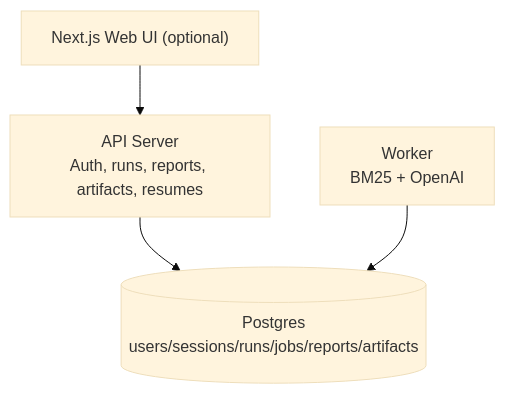
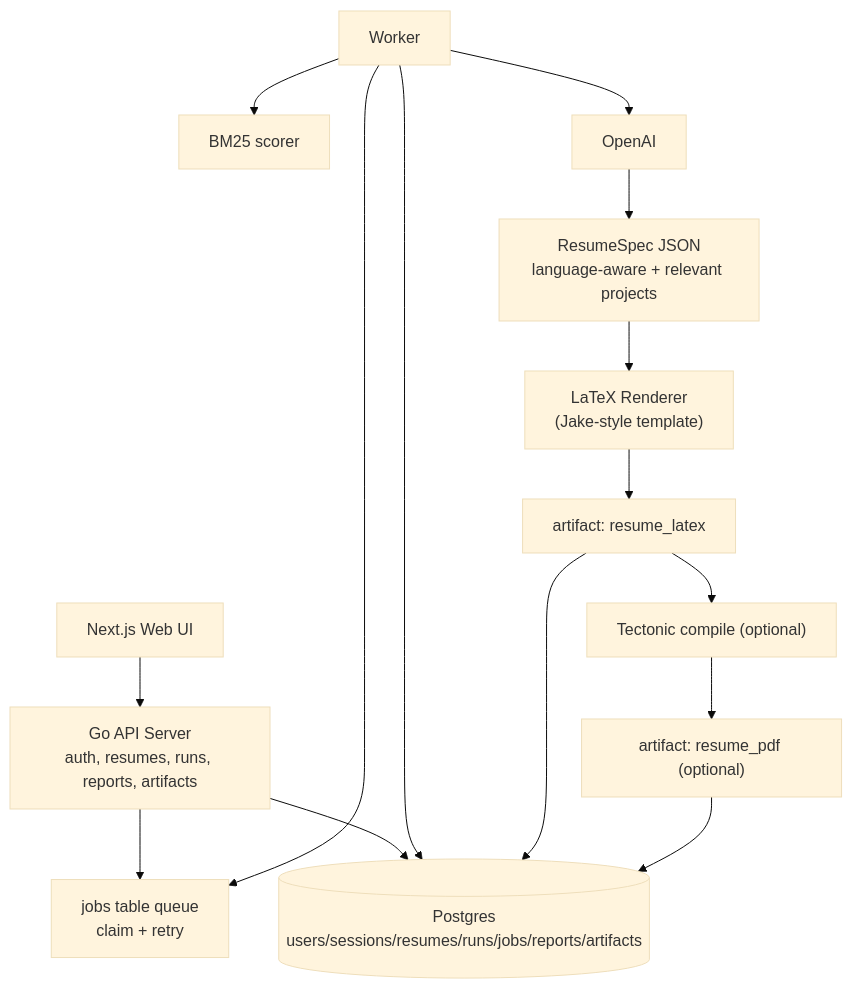
The diagram in README.md (RayanMalki/resume-tailor), drawn with Mermaid (base theme) before and after one commit. The commit also changed other lines of this file, not shown here.

````diff
--- a/README.md
+++ b/README.md
@@ -17,11 +20,30 @@
 ```mermaid
 flowchart TB
-  UI["Next.js Web UI (optional)"]
-  API["API Server<br/>Auth, runs, reports, artifacts, resumes"]
-  DB[("Postgres<br/>users/sessions/runs/jobs/reports/artifacts")]
-  WORKER["Worker<br/>BM25 + OpenAI"]
+  UI["Next.js Web UI"]
+  API["Go API Server<br/>auth, resumes, runs, reports, artifacts"]
+  DB[("Postgres<br/>users/sessions/resumes/runs/jobs/reports/artifacts")]
+  Q["jobs table queue<br/>claim + retry"]
+  W["Worker"]
+  BM25["BM25 scorer"]
+  OAI["OpenAI"]
+  SPEC["ResumeSpec JSON<br/>language-aware + relevant projects"]
+  RENDER["LaTeX Renderer<br/>(Jake-style template)"]
+  TEX["artifact: resume_latex"]
+  PDF["artifact: resume_pdf (optional)"]
+  TECT["Tectonic compile (optional)"]
 
   UI --> API
   API --> DB
-  WORKER --> DB
+  API --> Q
+  W --> Q
+  W --> DB
+  W --> BM25
+  W --> OAI
+  OAI --> SPEC
+  SPEC --> RENDER
+  RENDER --> TEX
+  TEX --> DB
+  TEX --> TECT
+  TECT --> PDF
+  PDF --> DB
 ```
````
